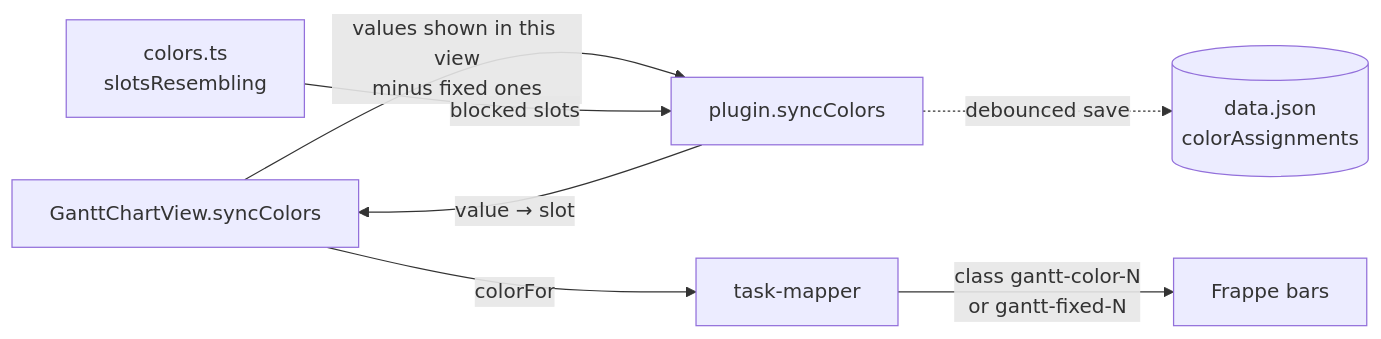
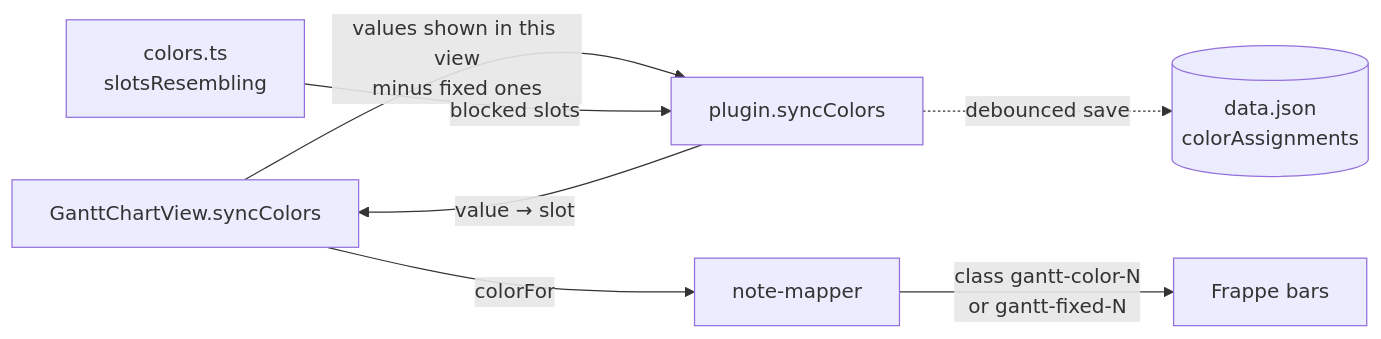
The diagram in docs/colors.md (beathvn/obsidian-bases-gantt), drawn with Mermaid before and after one commit. The commit also changed other lines of this file and 29 other files, not shown here.

````diff
--- a/docs/colors.md
+++ b/docs/colors.md
@@ -14,9 +14,9 @@
 ```mermaid
 flowchart LR
     V[GanttChartView.syncColors] -->|values shown in this view<br/>minus fixed ones| P[plugin.syncColors]
     C[colors.ts<br/>slotsResembling] -->|blocked slots| P
     P -->|value → slot| V
     P -.->|debounced save| D[(data.json<br/>colorAssignments)]
-    V -->|colorFor| M[task-mapper]
+    V -->|colorFor| M[note-mapper]
     M -->|class gantt-color-N<br/>or gantt-fixed-N| R[Frappe bars]
 ```
````
